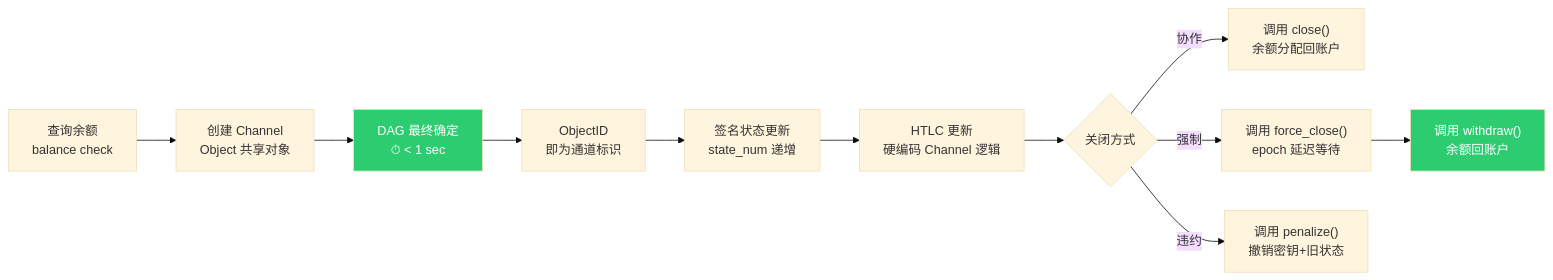
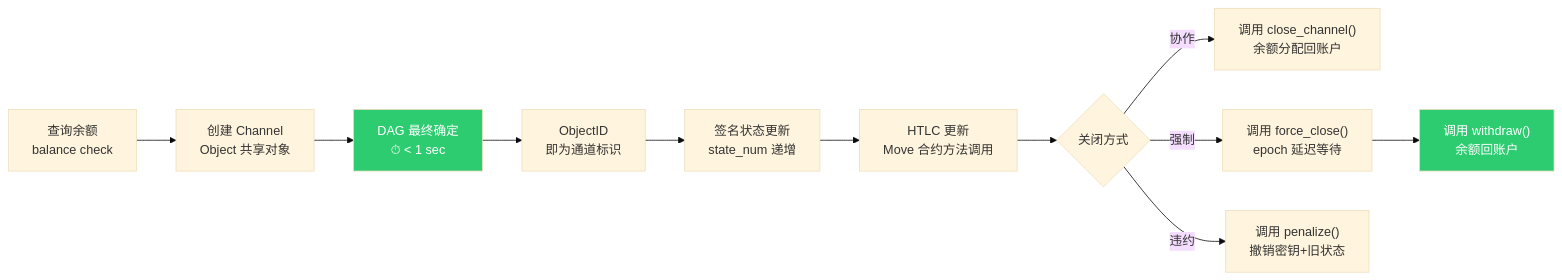
One commit to loka-network/loka-p2p-lnd changed the third of 9 diagrams in 1-refactor-docs/lnd-and-setu-integration.md. Above: the diagram before and after it, drawn with Mermaid (base theme). The commit also changed other lines of this file and 43 other files, not shown here.

````diff
--- a/1-refactor-docs/lnd-and-setu-integration.md
+++ b/1-refactor-docs/lnd-and-setu-integration.md
@@ -139,16 +139,16 @@
 ```mermaid
 flowchart LR
     S1["查询余额<br/>balance check"] --> S2["创建 Channel<br/>Object 共享对象"]
     S2 --> S3["DAG 最终确定<br/>⏱ < 1 sec"]
     S3 --> S4["ObjectID<br/>即为通道标识"]
     S4 --> S5["签名状态更新<br/>state_num 递增"]
-    S5 --> S6["HTLC 更新<br/>硬编码 Channel 逻辑"]
+    S5 --> S6["HTLC 更新<br/>Move 合约方法调用"]
     S6 --> S7{"关闭方式"}
-    S7 -->|协作| S8["调用 close()<br/>余额分配回账户"]
+    S7 -->|协作| S8["调用 close_channel()<br/>余额分配回账户"]
     S7 -->|强制| S9["调用 force_close()<br/>epoch 延迟等待"]
     S9 --> S10["调用 withdraw()<br/>余额回账户"]
     S7 -->|违约| S11["调用 penalize()<br/>撤销密钥+旧状态"]
 
     style S3 fill:#2ecc71,color:#fff
     style S10 fill:#2ecc71,color:#fff
 ```
````
